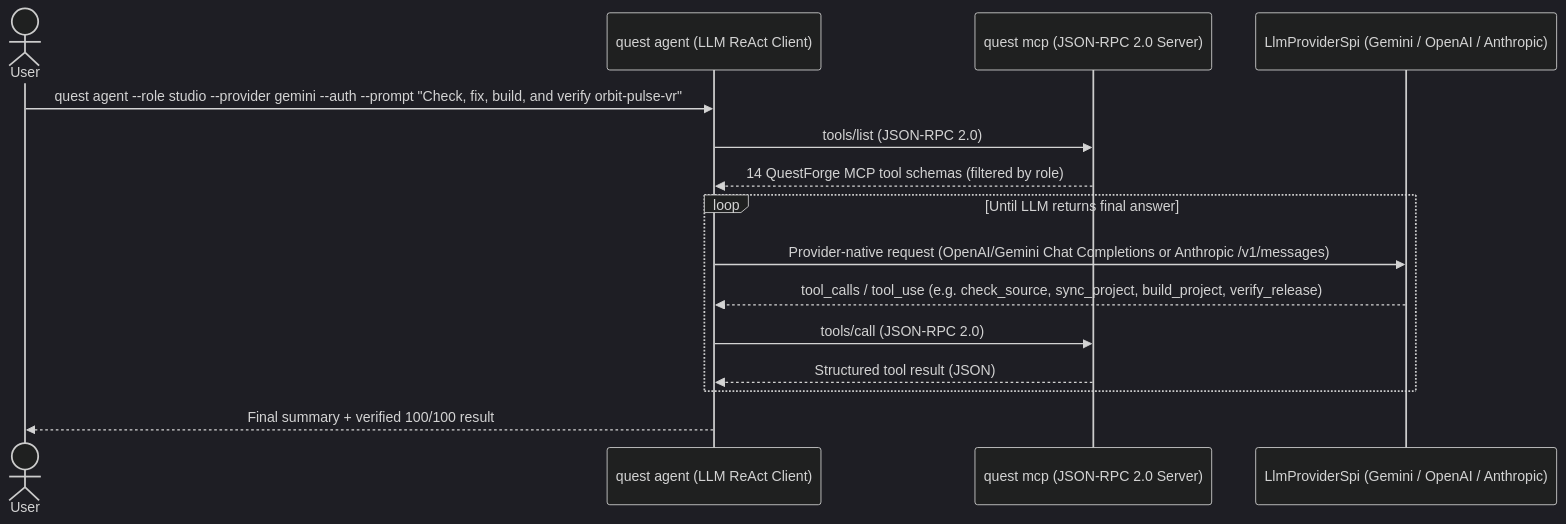
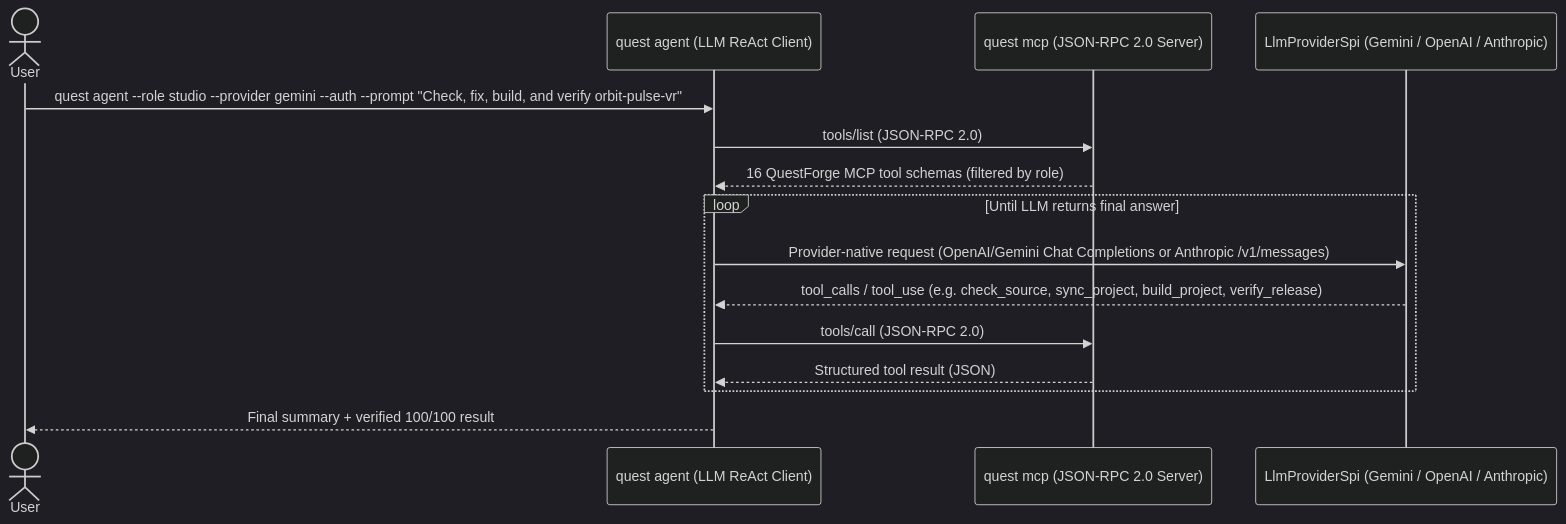
The fifth of 7 diagrams in docs/3-design/architecture.md (sweengineeringlabs/questforge), drawn with Mermaid (dark theme) before and after one commit. The commit also changed other lines of this file and 15 other files, not shown here.

````diff
--- a/docs/3-design/architecture.md
+++ b/docs/3-design/architecture.md
@@ -163,18 +163,18 @@
 ```mermaid
 sequenceDiagram
     actor User
     participant Agent as quest agent (LLM ReAct Client)
     participant MCP as quest mcp (JSON-RPC 2.0 Server)
     participant LLM as LlmProviderSpi (Gemini / OpenAI / Anthropic)
 
     User->>Agent: quest agent --role studio --provider gemini --auth --prompt "Check, fix, build, and verify orbit-pulse-vr"
     Agent->>MCP: tools/list (JSON-RPC 2.0)
-    MCP-->>Agent: 14 QuestForge MCP tool schemas (filtered by role)
+    MCP-->>Agent: 16 QuestForge MCP tool schemas (filtered by role)
     loop Until LLM returns final answer
         Agent->>LLM: Provider-native request (OpenAI/Gemini Chat Completions or Anthropic /v1/messages)
         LLM-->>Agent: tool_calls / tool_use (e.g. check_source, sync_project, build_project, verify_release)
         Agent->>MCP: tools/call (JSON-RPC 2.0)
         MCP-->>Agent: Structured tool result (JSON)
     end
     Agent-->>User: Final summary + verified 100/100 result
 ```
````
